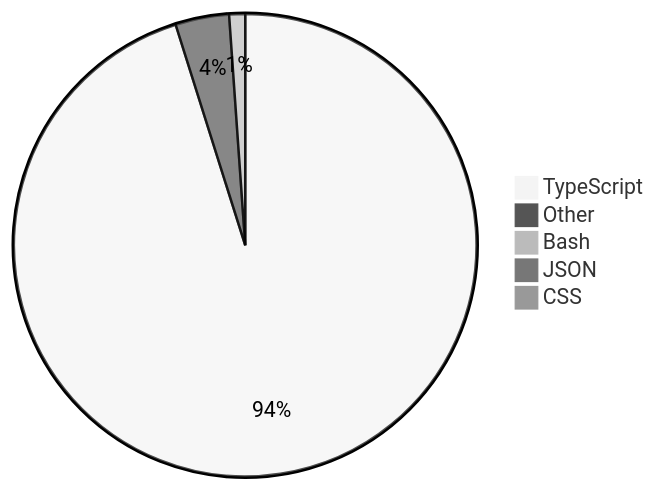
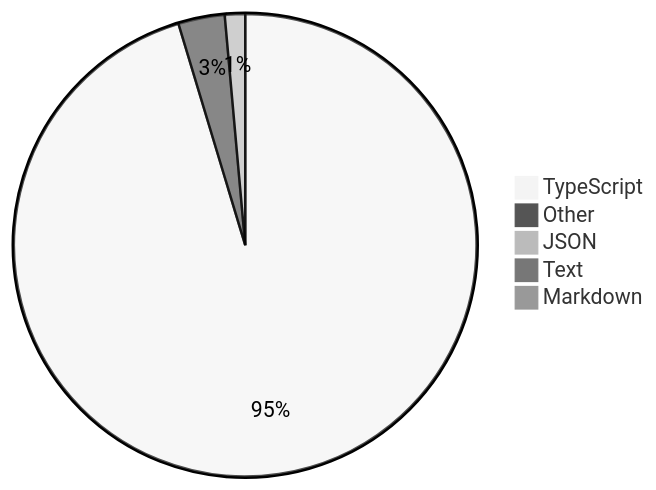
The diagram in README.md (skvggor/skvggor), drawn with Mermaid (neutral theme) before and after one commit.

Commit message:
Updated waka-readme graph with new metrics

````diff
--- a/README.md
+++ b/README.md
@@ -16,8 +16,8 @@
 ```mermaid
 pie
-    "TypeScript" : 93.9
-    "Other" : 3.7
-    "Bash" : 1.1
-    "JSON" : 0.9
-    "CSS" : 0.2
+    "TypeScript" : 94.1
+    "Other" : 3.2
+    "JSON" : 1.4
+    "Text" : 0.6
+    "Markdown" : 0.2
 ```
````
